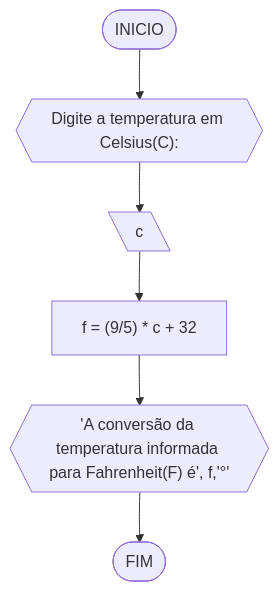
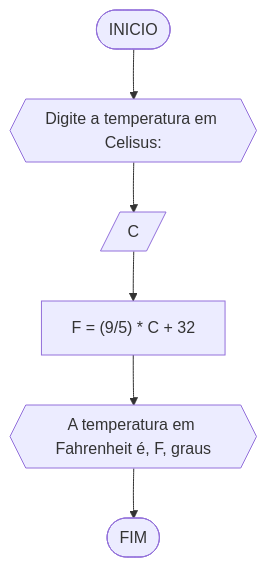
Before and after one commit to carollyra/UNIFOR: the third of 5 diagrams in RLA/lista2_ex.md, drawn with Mermaid. The commit also changed other lines of this file, not shown here.

````diff
--- a/RLA/lista2_ex.md
+++ b/RLA/lista2_ex.md
@@ -101,8 +136,8 @@
 ```mermaid
 flowchart TD
-A([INICIO]) --> B{{"Digite a temperatura em Celsius(C):"}}
-B --> C[\c\]
-C --> D["f = (9/5) * c + 32"]
-D --> E{{"'A conversão da temperatura informada para Fahrenheit(F) é', f,'°'"}}
+A([INICIO]) --> B{{"Digite a temperatura em Celisus:"}}
+B --> C[/C/]
+C --> D["F = (9/5) * C + 32"]
+D --> E{{A temperatura em Fahrenheit é, F, graus}}
 E --> F([FIM])
 ```
````
